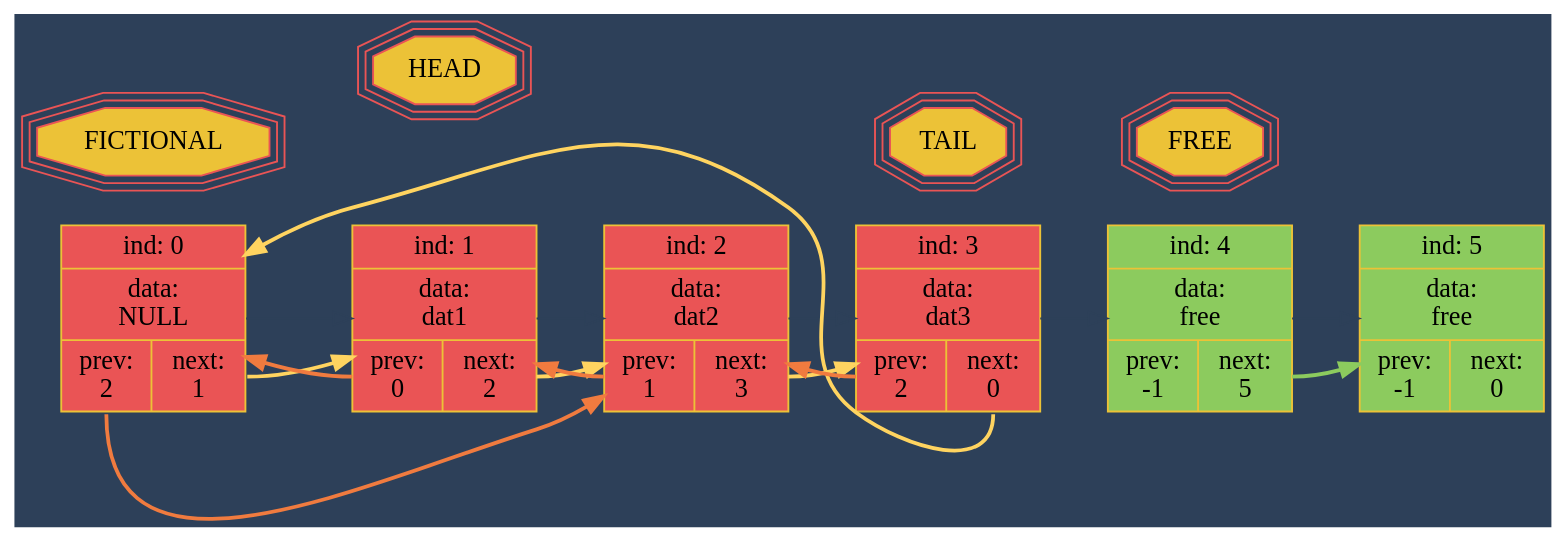
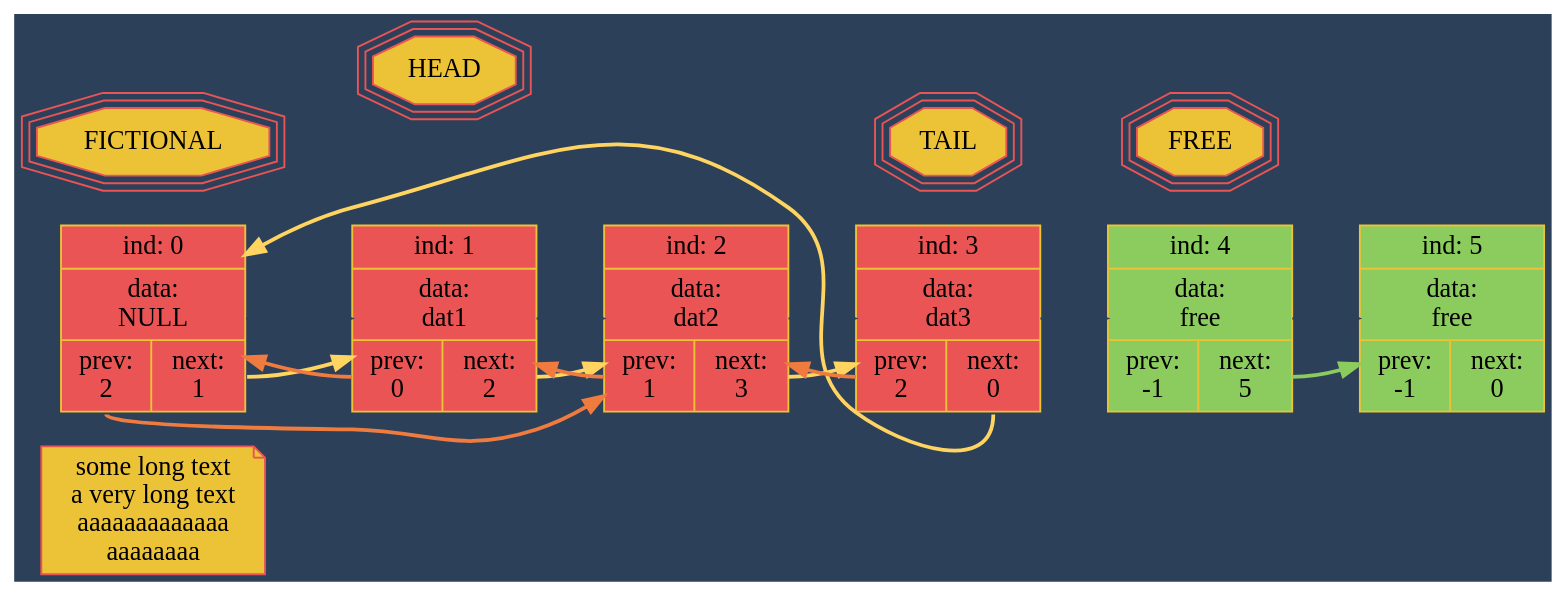
The diagram in testgraph.dot (Feanor-19/dedlist), drawn with Graphviz before and after one commit. The commit also changed 1 other file, not shown here.

```diff
--- a/testgraph.dot
+++ b/testgraph.dot
@@ -1,77 +1,84 @@
 digraph {
     rankdir=LR;
     bgcolor="#2D4059";
+
+
+    NODE_TEXT[shape=note, fontname="verdana",
+        style=bold, style=filled,
+        color="#EA5455", fillcolor="#ECC237",
+        label = "some long text \na very long text\naaaaaaaaaaaaa\naaaaaaaa\n"]
+
 
     NODE_0[shape="record", fontname="verdana",
         style=bold, style=filled,
         color="#ECC237", fillcolor="#EA5455",
         label = "{ <i>ind: 0 }|{ data:\nNULL} | {<p>prev:\n2 |<n>next:\n1}"];
 
     NODE_1[shape="record", fontname="verdana",
         style=bold, style=filled,
         color="#ECC237", fillcolor="#EA5455",
         label = "{ <i>ind: 1 }|{ data:\ndat1} | {<p>prev:\n0 |<n>next:\n2}"];
     NODE_2[shape="record", fontname="verdana",
         style=bold, style=filled,
         color="#ECC237", fillcolor="#EA5455",
         label = "{ <i>ind: 2 }|{ data:\ndat2} | {<p>prev:\n1 |<n>next:\n3}"];
     NODE_3[shape="record", fontname="verdana",
         style=bold, style=filled,
         color="#ECC237", fillcolor="#EA5455",
         label = "{ <i>ind: 3 }|{ data:\ndat3} | {<p>prev:\n2 |<n>next:\n0}"];
 
 
     NODE_4[shape="record", fontname="verdana",
         style=bold, style=filled,
         color="#ECC237", fillcolor="#8ccb5e",
         label = "{ <i>ind: 4 }|{ data:\nfree} | {<p>prev:\n-1 |<n>next:\n5}"];
     NODE_5[shape="record", fontname="verdana",
         style=bold, style=filled,
         color="#ECC237", fillcolor="#8ccb5e",
         label = "{ <i>ind: 5 }|{ data:\nfree} | {<p>prev:\n-1 |<n>next:\n0}"];
 
 
     /* #8ccb5e green */
 
     FICTIONAL[shape=tripleoctagon, style=filled,
     fontname="verdana", color="#EA5455", fillcolor="#ECC237"];
 
     HEAD[shape=tripleoctagon, style=filled,
     fontname="verdana", color="#EA5455", fillcolor="#ECC237"];
 
     TAIL[shape=tripleoctagon, style=filled,
     fontname="verdana", color="#EA5455", fillcolor="#ECC237"];
 
     FREE[shape=tripleoctagon, style=filled,
     fontname="verdana", color="#EA5455", fillcolor="#ECC237"];
 
 
     NODE_0->NODE_1[weight=10, color="#2D4059"];
     NODE_1->NODE_2[weight=10, color="#2D4059"];
     NODE_2->NODE_3[weight=10, color="#2D4059"];
     NODE_3->NODE_4[weight=10, color="#2D4059"];
     NODE_4->NODE_5[weight=10, color="#2D4059"];
 
 
     { rank=same; FICTIONAL; NODE_0; }
     { rank=same; HEAD; NODE_1; }
     { rank=same; TAIL; NODE_3; }
     { rank=same; FREE; NODE_4; }
 
 
     NODE_0:<p>->NODE_2[color="#F07B3F", penwidth=2];
     NODE_0:<n>->NODE_1[color="#FFD460", penwidth=2];
 
     NODE_1:<p>->NODE_0[color="#F07B3F", penwidth=2];
     NODE_1:<n>->NODE_2[color="#FFD460", penwidth=2];
 
     NODE_2:<p>->NODE_1[color="#F07B3F", penwidth=2];
     NODE_2:<n>->NODE_3[color="#FFD460", penwidth=2];
 
     NODE_3:<p>->NODE_2[color="#F07B3F", penwidth=2];
     NODE_3:<n>->NODE_0[color="#FFD460", penwidth=2];
 
 
     NODE_4:<n>->NODE_5[color="#8ccb5e", penwidth=2];
 
 }
```
